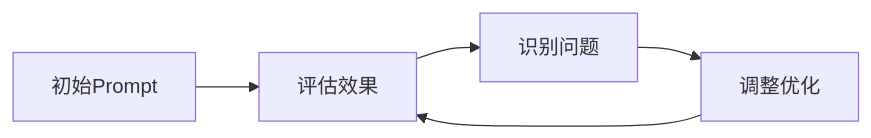
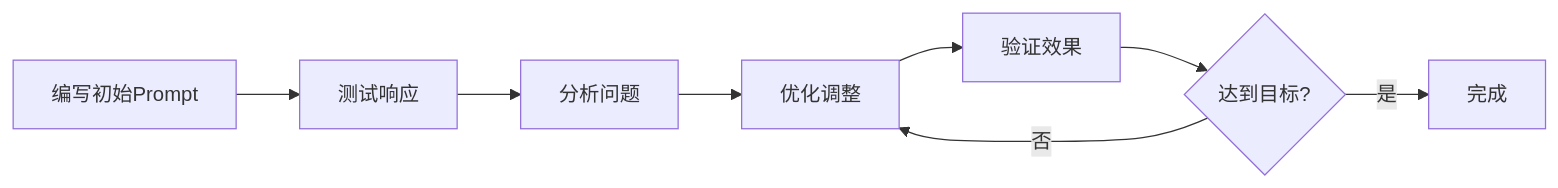
One commit to wutongci/cursor-courses changed the fourth of 5 diagrams in base/第三章-Prompt创建技巧.md. Above: the diagram before and after it, drawn with Mermaid. The commit also changed other lines of this file and 9 other files, not shown here.

````diff
--- a/base/第三章-Prompt创建技巧.md
+++ b/base/第三章-Prompt创建技巧.md
@@ -192,7 +320,10 @@
 ```mermaid
 graph LR
-    A[初始Prompt] --> B[评估效果]
-    B --> C[识别问题]
-    C --> D[调整优化]
-    D --> B
+    A[编写初始Prompt] --> B[测试响应]
+    B --> C[分析问题]
+    C --> D[优化调整]
+    D --> E[验证效果]
+    E --> F{达到目标?}
+    F -->|是| G[完成]
+    F -->|否| D
 ```
````
